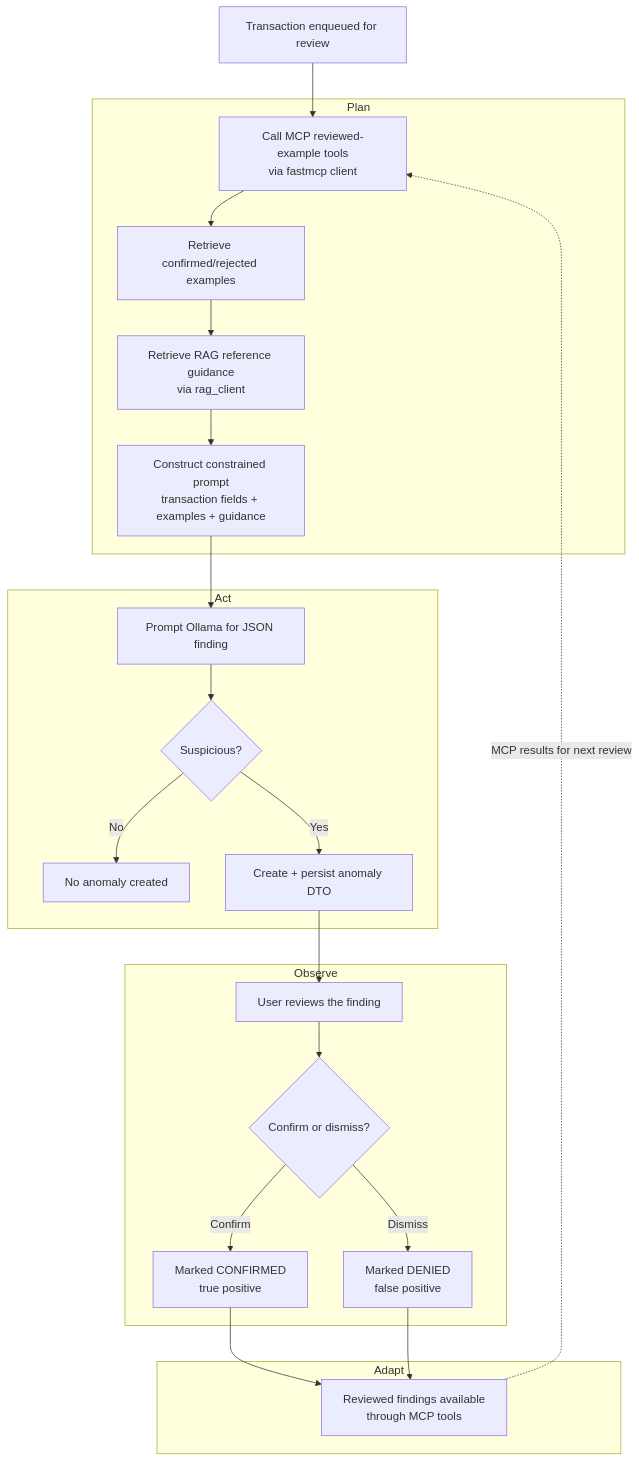
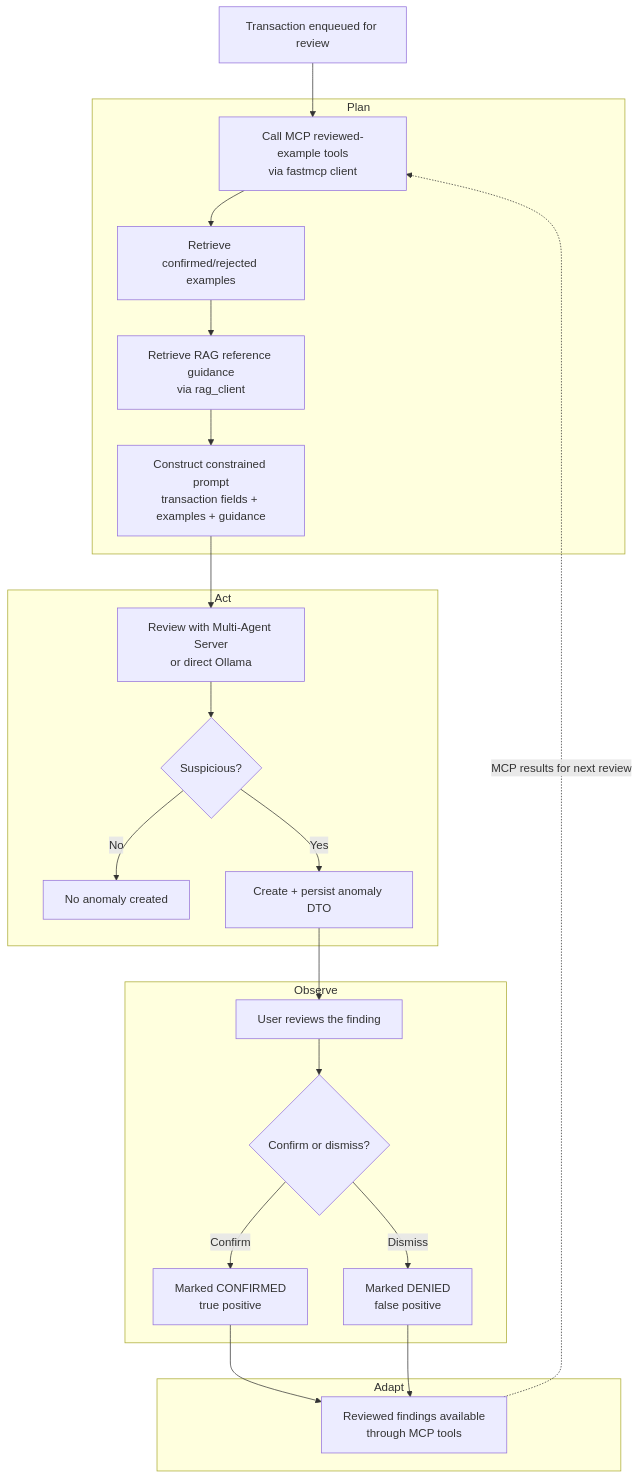
Before and after one commit to David-S-22/Tally: the diagram in aiden/backend/README.md, drawn with Mermaid. The commit also changed other lines of this file and 22 other files, not shown here.

Commit message:
multi agent workflow

````diff
--- a/aiden/backend/README.md
+++ b/aiden/backend/README.md
@@ -87,31 +105,31 @@
 ```mermaid
 flowchart TD
     A[Transaction enqueued for review] --> B
 
     subgraph Plan
         B[Call MCP reviewed-example tools<br/>via fastmcp client] --> C[Retrieve confirmed/rejected examples]
         C --> RAG[Retrieve RAG reference guidance<br/>via rag_client]
         RAG --> D[Construct constrained prompt<br/>transaction fields + examples + guidance]
     end
 
     subgraph Act
-        D --> E[Prompt Ollama for JSON finding]
+        D --> E[Review with Multi-Agent Server<br/>or direct Ollama]
         E --> F{Suspicious?}
         F -- No --> G[No anomaly created]
         F -- Yes --> H[Create + persist anomaly DTO]
     end
 
     subgraph Observe
         H --> I[User reviews the finding]
         I --> J{Confirm or dismiss?}
         J -- Confirm --> K[Marked CONFIRMED<br/>true positive]
         J -- Dismiss --> L[Marked DENIED<br/>false positive]
     end
 
     subgraph Adapt
         K --> M[Reviewed findings available<br/>through MCP tools]
         L --> M
     end
 
     M -. MCP results for next review .-> B
 ```
````
